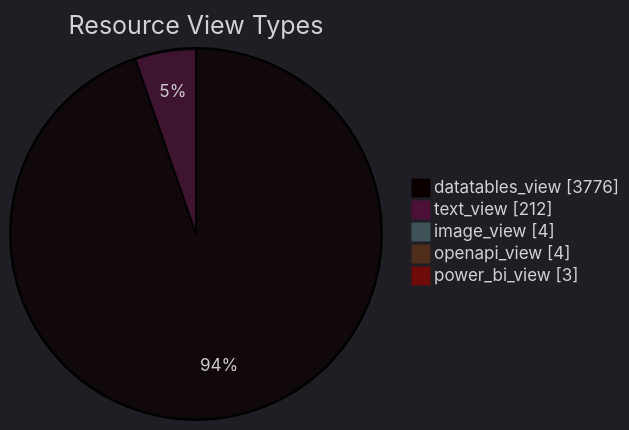
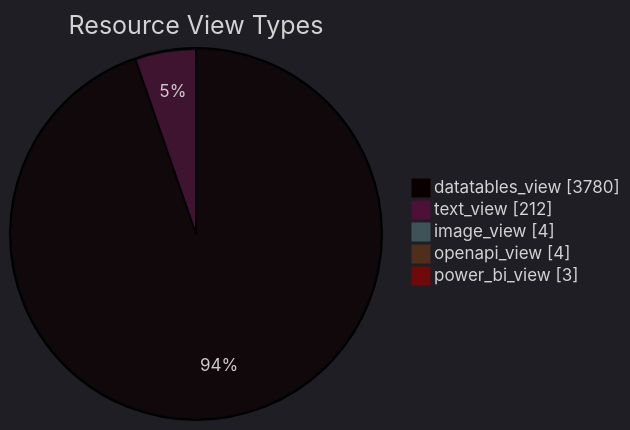
One commit to open-data/analytics-corporate-reporting changed the diagram in datastore_tracker/resource_view_types_pie_chart.md. Above: the diagram before and after it, drawn with Mermaid. The commit also changed 10 other files, not shown here.

````diff
--- a/datastore_tracker/resource_view_types_pie_chart.md
+++ b/datastore_tracker/resource_view_types_pie_chart.md
@@ -2,12 +2,12 @@
 ```mermaid
 ---
 config:
   theme: dark
 ---
 pie showData title Resource View Types
-    "datatables_view": 3776
+    "datatables_view": 3780
     "text_view": 212
     "image_view": 4
     "openapi_view": 4
     "power_bi_view": 3
 ```
````
